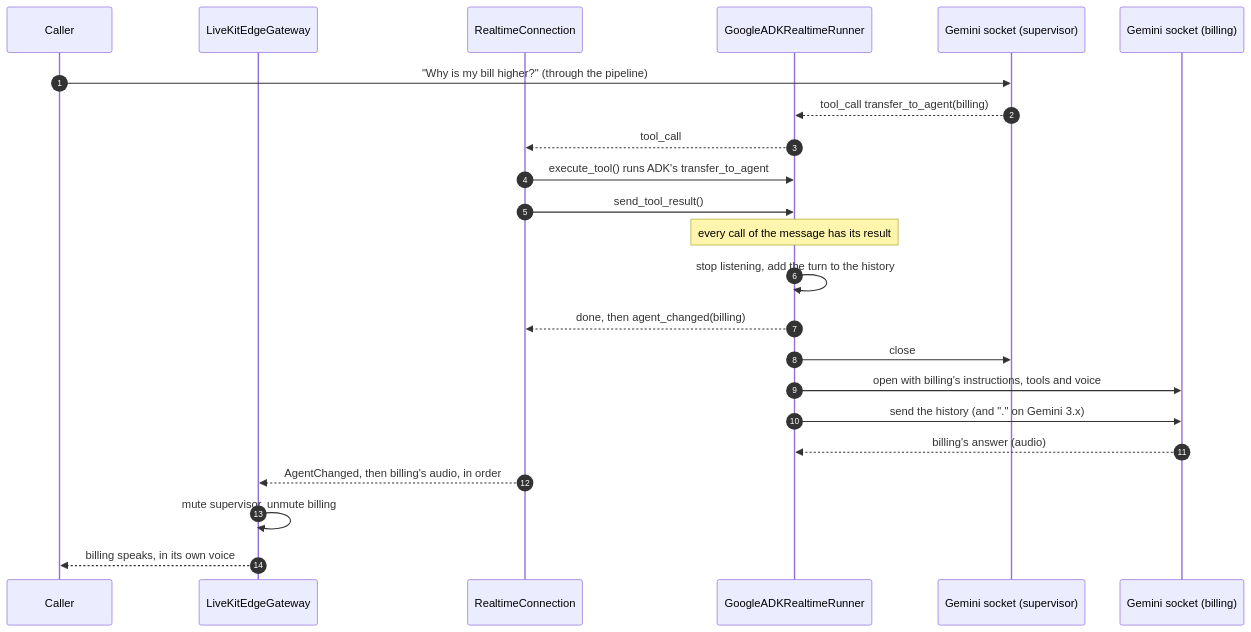
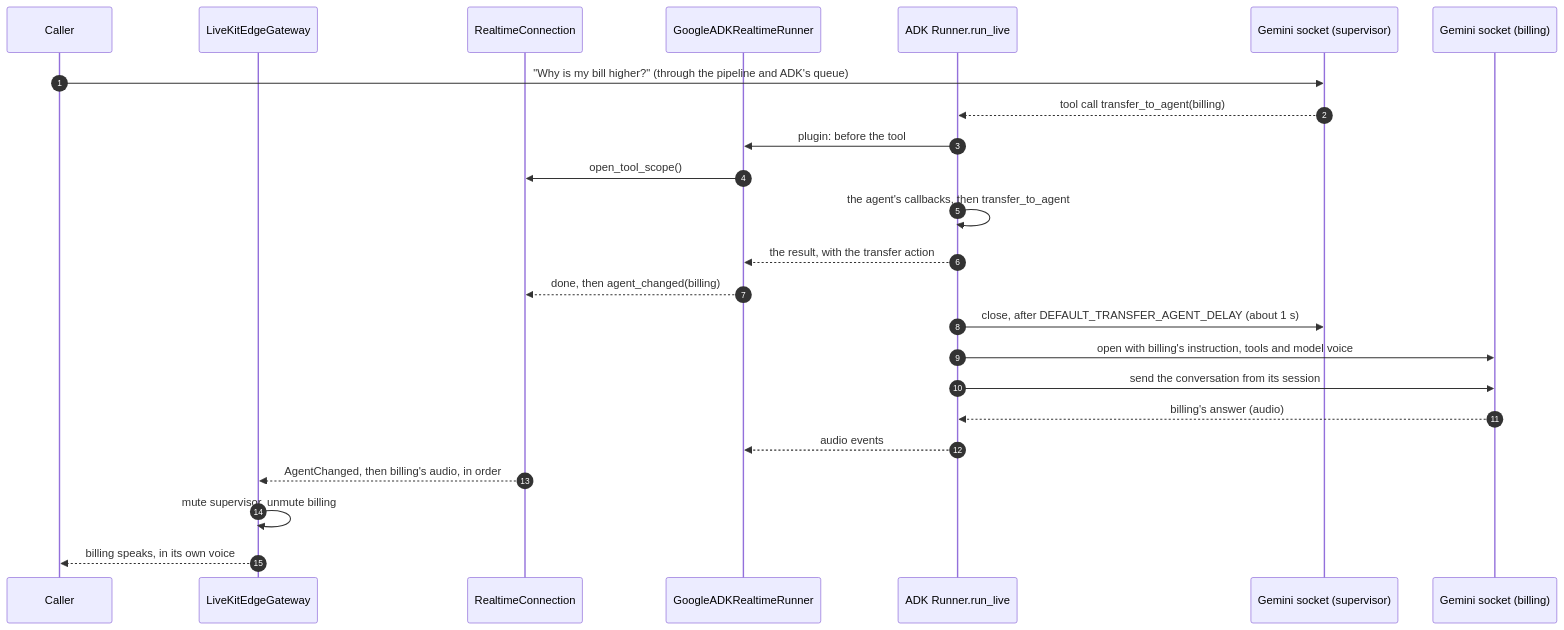
The fifth of 5 diagrams in docs/docs/architecture/realtime-internals.md (pulindu-yl/agent-kernel), drawn with Mermaid before and after one commit. The commit also changed other lines of this file and 15 other files, not shown here.

Commit message:
refactor(realtime): run ADK realtime calls on Runner.run_live

````diff
--- a/docs/docs/architecture/realtime-internals.md
+++ b/docs/docs/architecture/realtime-internals.md
@@ -217,26 +222,27 @@
 ```mermaid
 sequenceDiagram
     autonumber
     participant C as Caller
     participant GW as LiveKitEdgeGateway
     participant Pool as RealtimeConnection
     participant Adp as GoogleADKRealtimeRunner
+    participant ADK as ADK Runner.run_live
     participant Old as Gemini socket (supervisor)
     participant New as Gemini socket (billing)
 
-    C->>Old: "Why is my bill higher?" (through the pipeline)
-    Old-->>Adp: tool_call transfer_to_agent(billing)
-    Adp-->>Pool: tool_call
-    Pool->>Adp: execute_tool() runs ADK's transfer_to_agent
-    Pool->>Adp: send_tool_result()
-    Note over Adp: every call of the message has its result
-    Adp->>Adp: stop listening, add the turn to the history
+    C->>Old: "Why is my bill higher?" (through the pipeline and ADK's queue)
+    Old-->>ADK: tool call transfer_to_agent(billing)
+    ADK->>Adp: plugin: before the tool
+    Adp->>Pool: open_tool_scope()
+    ADK->>ADK: the agent's callbacks, then transfer_to_agent
+    ADK-->>Adp: the result, with the transfer action
     Adp-->>Pool: done, then agent_changed(billing)
-    Adp->>Old: close
-    Adp->>New: open with billing's instructions, tools and voice
-    Adp->>New: send the history (and "." on Gemini 3.x)
-    New-->>Adp: billing's answer (audio)
+    ADK->>Old: close, after DEFAULT_TRANSFER_AGENT_DELAY (about 1 s)
+    ADK->>New: open with billing's instruction, tools and model voice
+    ADK->>New: send the conversation from its session
+    New-->>ADK: billing's answer (audio)
+    ADK-->>Adp: audio events
     Pool-->>GW: AgentChanged, then billing's audio, in order
     GW->>GW: mute supervisor, unmute billing
     GW-->>C: billing speaks, in its own voice
 ```
````
